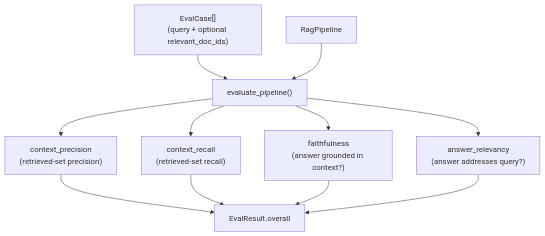
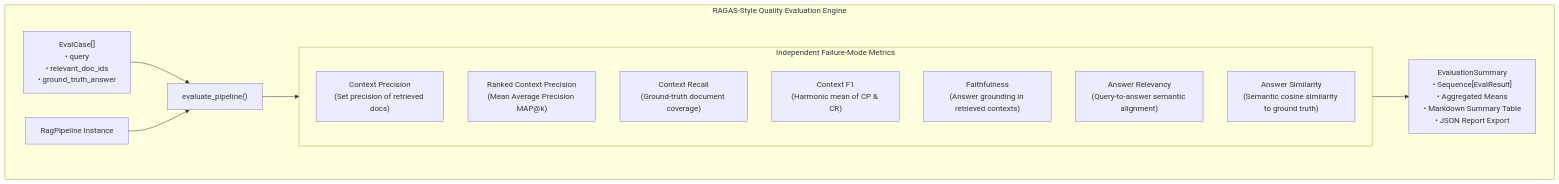
One commit to fragompul/ragforge changed the second of 2 diagrams in docs/architecture.md. Above: the diagram before and after it, drawn with Mermaid. The commit also changed other lines of this file and 3 other files, not shown here.

Commit message:
docs: overhaul readme and architecture guide with portfolio presentation and ci matrix

````diff
--- a/docs/architecture.md
+++ b/docs/architecture.md
@@ -23,13 +58,26 @@
 ```mermaid
 flowchart TB
-    Cases["EvalCase[]\n(query + optional relevant_doc_ids)"] --> Eval["evaluate_pipeline()"]
-    Pipeline["RagPipeline"] --> Eval
-    Eval --> CP["context_precision\n(retrieved-set precision)"]
-    Eval --> CR["context_recall\n(retrieved-set recall)"]
-    Eval --> F["faithfulness\n(answer grounded in context?)"]
-    Eval --> AR["answer_relevancy\n(answer addresses query?)"]
-    CP --> Overall["EvalResult.overall"]
-    CR --> Overall
-    F --> Overall
-    AR --> Overall
+    subgraph EvaluationSuite["RAGAS-Style Quality Evaluation Engine"]
+        Cases["EvalCase[]\n• query\n• relevant_doc_ids\n• ground_truth_answer"]
+        Pipeline["RagPipeline Instance"]
+        Evaluator["evaluate_pipeline()"]
+        
+        Cases --> Evaluator
+        Pipeline --> Evaluator
+        
+        subgraph Metrics["Independent Failure-Mode Metrics"]
+            CP["Context Precision\n(Set precision of retrieved docs)"]
+            RCP["Ranked Context Precision\n(Mean Average Precision MAP@k)"]
+            CR["Context Recall\n(Ground-truth document coverage)"]
+            F1["Context F1\n(Harmonic mean of CP & CR)"]
+            F["Faithfulness\n(Answer grounding in retrieved contexts)"]
+            AR["Answer Relevancy\n(Query-to-answer semantic alignment)"]
+            AS["Answer Similarity\n(Semantic cosine similarity to ground truth)"]
+        end
+        
+        Evaluator --> Metrics
+        
+        Summary["EvaluationSummary\n• Sequence[EvalResult]\n• Aggregated Means\n• Markdown Summary Table\n• JSON Report Export"]
+        Metrics --> Summary
+    end
 ```
````
